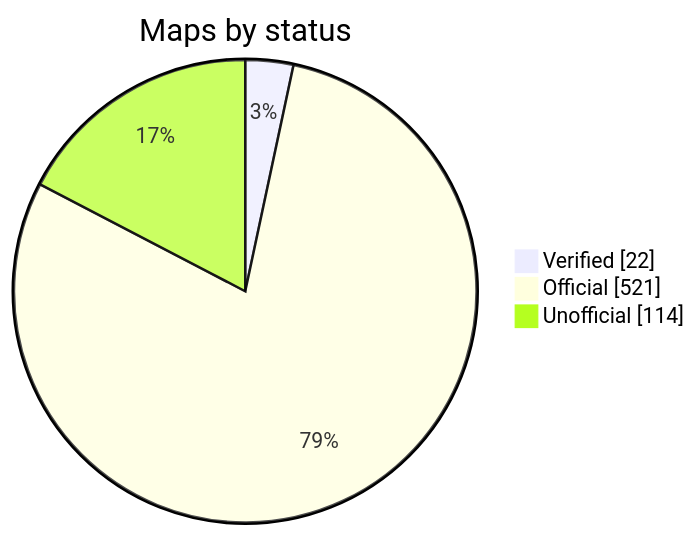
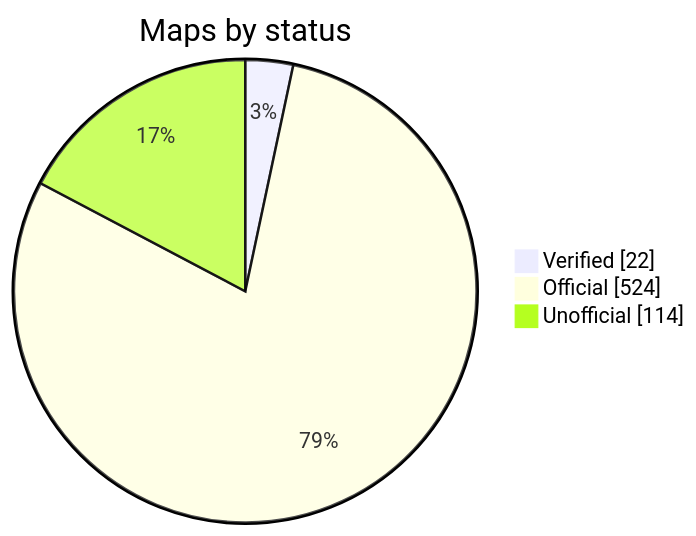
One commit to nobrega8/mbmap-library changed the diagram in README.md. Above: the diagram before and after it, drawn with Mermaid. The commit also changed 8 other files, not shown here.

````diff
--- a/README.md
+++ b/README.md
@@ -52,7 +52,7 @@
 ```mermaid
 pie showData
     title Maps by status
     "Verified" : 22
-    "Official" : 521
+    "Official" : 524
     "Unofficial" : 114
 ```
````
